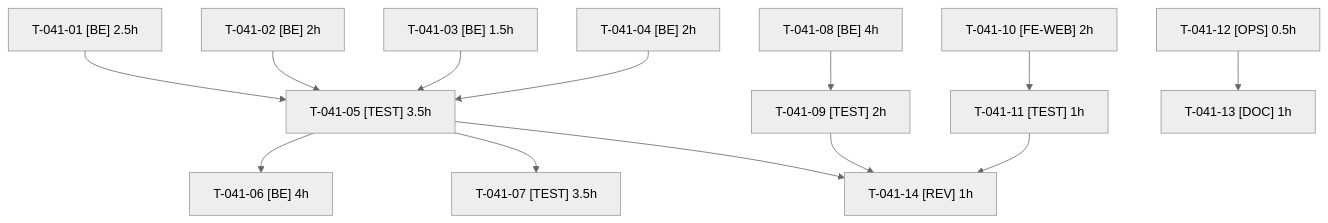
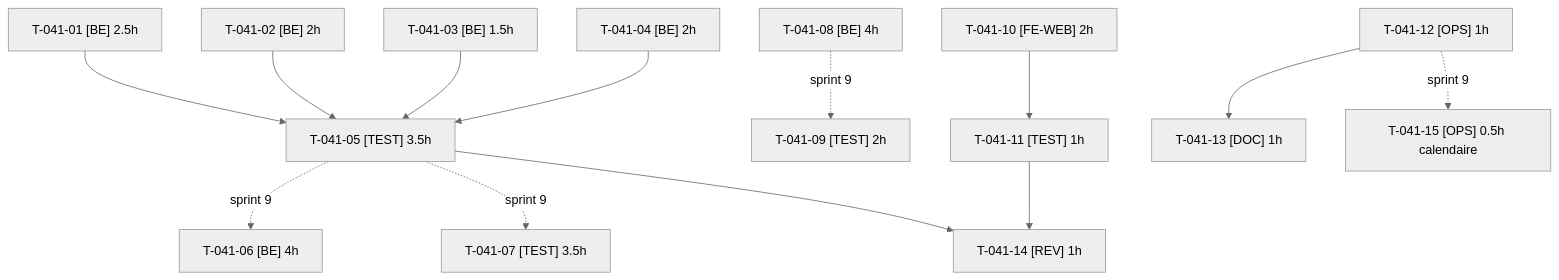
One commit to thibmonier/sylius-b2b-demo changed the diagram in project-management/sprints/sprint-8-demo-et-durcissement/tasks/US-041-tasks.md. Above: the diagram before and after it, drawn with Mermaid (neutral theme). The commit also changed other lines of this file and 86 other files, not shown here.

````diff
--- a/project-management/sprints/sprint-8-demo-et-durcissement/tasks/US-041-tasks.md
+++ b/project-management/sprints/sprint-8-demo-et-durcissement/tasks/US-041-tasks.md
@@ -293,29 +307,30 @@
 ```mermaid
 graph TD
     T04101["T-041-01 [BE] 2.5h"]
     T04102["T-041-02 [BE] 2h"]
     T04103["T-041-03 [BE] 1.5h"]
     T04104["T-041-04 [BE] 2h"]
     T04105["T-041-05 [TEST] 3.5h"]
     T04106["T-041-06 [BE] 4h"]
     T04107["T-041-07 [TEST] 3.5h"]
     T04108["T-041-08 [BE] 4h"]
     T04109["T-041-09 [TEST] 2h"]
     T04110["T-041-10 [FE-WEB] 2h"]
     T04111["T-041-11 [TEST] 1h"]
-    T04112["T-041-12 [OPS] 0.5h"]
+    T04112["T-041-12 [OPS] 1h"]
     T04113["T-041-13 [DOC] 1h"]
     T04114["T-041-14 [REV] 1h"]
+    T04115["T-041-15 [OPS] 0.5h calendaire"]
     T04101 --> T04105
     T04102 --> T04105
     T04103 --> T04105
     T04104 --> T04105
-    T04105 --> T04106
-    T04105 --> T04107
-    T04108 --> T04109
+    T04105 -.->|sprint 9| T04106
+    T04105 -.->|sprint 9| T04107
+    T04108 -.->|sprint 9| T04109
     T04110 --> T04111
     T04112 --> T04113
+    T04112 -.->|sprint 9| T04115
     T04105 --> T04114
-    T04109 --> T04114
     T04111 --> T04114
 ```
````
